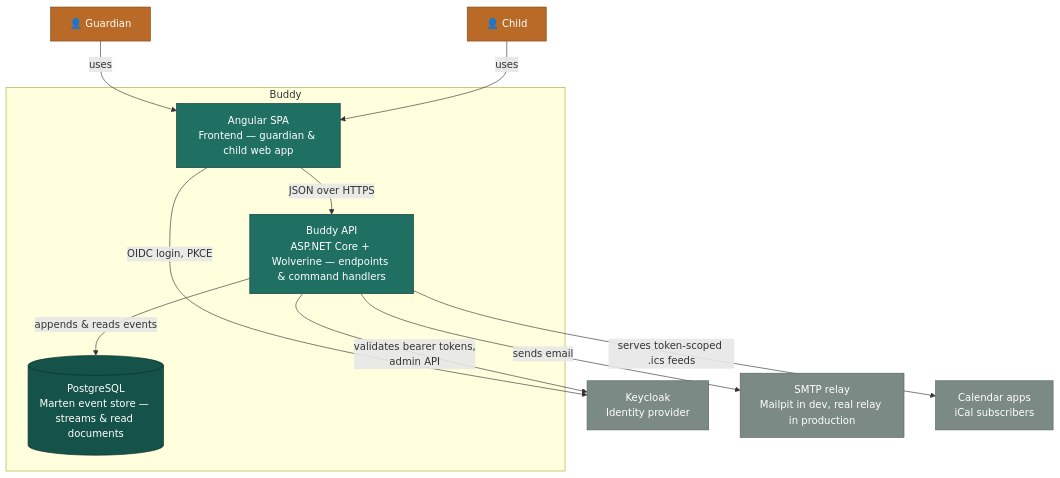
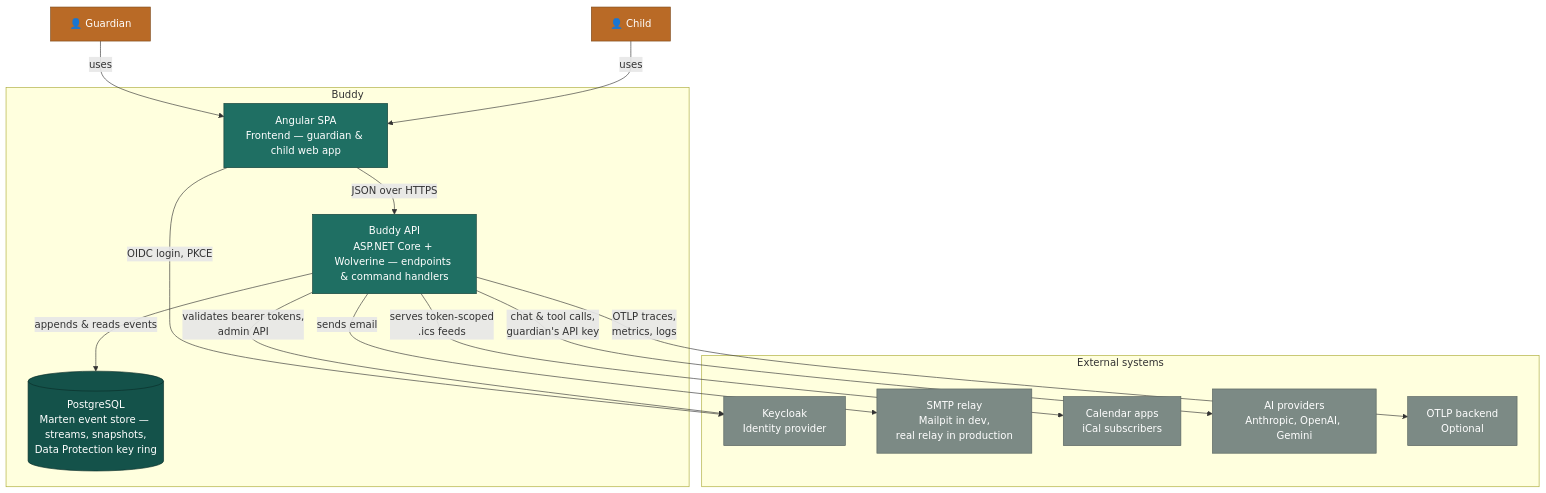
The second of 2 diagrams in docs/architecture.md (kimipsen/buddy), drawn with Mermaid before and after one commit. The commit also changed other lines of this file, not shown here.

Commit message:
feat(architecture): update system context to include AI providers and telemetry options

````diff
--- a/docs/architecture.md
+++ b/docs/architecture.md
@@ -45,29 +59,35 @@
 ```mermaid
 flowchart TB
     guardian["👤 Guardian"]:::person
     child["👤 Child"]:::person
 
     subgraph boundary["Buddy"]
         spa["Angular SPA<br/>Frontend — guardian & child web app"]:::system
         api["Buddy API<br/>ASP.NET Core + Wolverine — endpoints & command handlers"]:::system
-        db[("PostgreSQL<br/>Marten event store — streams & read documents")]:::store
+        db[("PostgreSQL<br/>Marten event store — streams, snapshots,<br/>Data Protection key ring")]:::store
     end
 
-    keycloak["Keycloak<br/>Identity provider"]:::external
-    smtp["SMTP relay<br/>Mailpit in dev, real relay in production"]:::external
-    icalClients["Calendar apps<br/>iCal subscribers"]:::external
+    subgraph externals["External systems"]
+        keycloak["Keycloak<br/>Identity provider"]:::external
+        smtp["SMTP relay<br/>Mailpit in dev,<br/>real relay in production"]:::external
+        icalClients["Calendar apps<br/>iCal subscribers"]:::external
+        ai["AI providers<br/>Anthropic, OpenAI, Gemini"]:::external
+        otel["OTLP backend<br/>Optional"]:::external
+    end
 
     guardian -- "uses" --> spa
     child -- "uses" --> spa
     spa -- "JSON over HTTPS" --> api
     spa -- "OIDC login, PKCE" --> keycloak
     api -- "validates bearer tokens,<br/>admin API" --> keycloak
     api -- "appends & reads events" --> db
     api -- "sends email" --> smtp
-    api -- "serves token-scoped .ics feeds" --> icalClients
+    api -- "serves token-scoped<br/>.ics feeds" --> icalClients
+    api -- "chat & tool calls,<br/>guardian's API key" --> ai
+    api -- "OTLP traces,<br/>metrics, logs" --> otel
 
     classDef person fill:#B96A26,stroke:#7E4818,color:#ffffff;
     classDef system fill:#1F6F63,stroke:#123F38,color:#ffffff;
     classDef store fill:#14524A,stroke:#0B2E29,color:#ffffff;
     classDef external fill:#7C8A85,stroke:#57635F,color:#ffffff;
 ```
````
